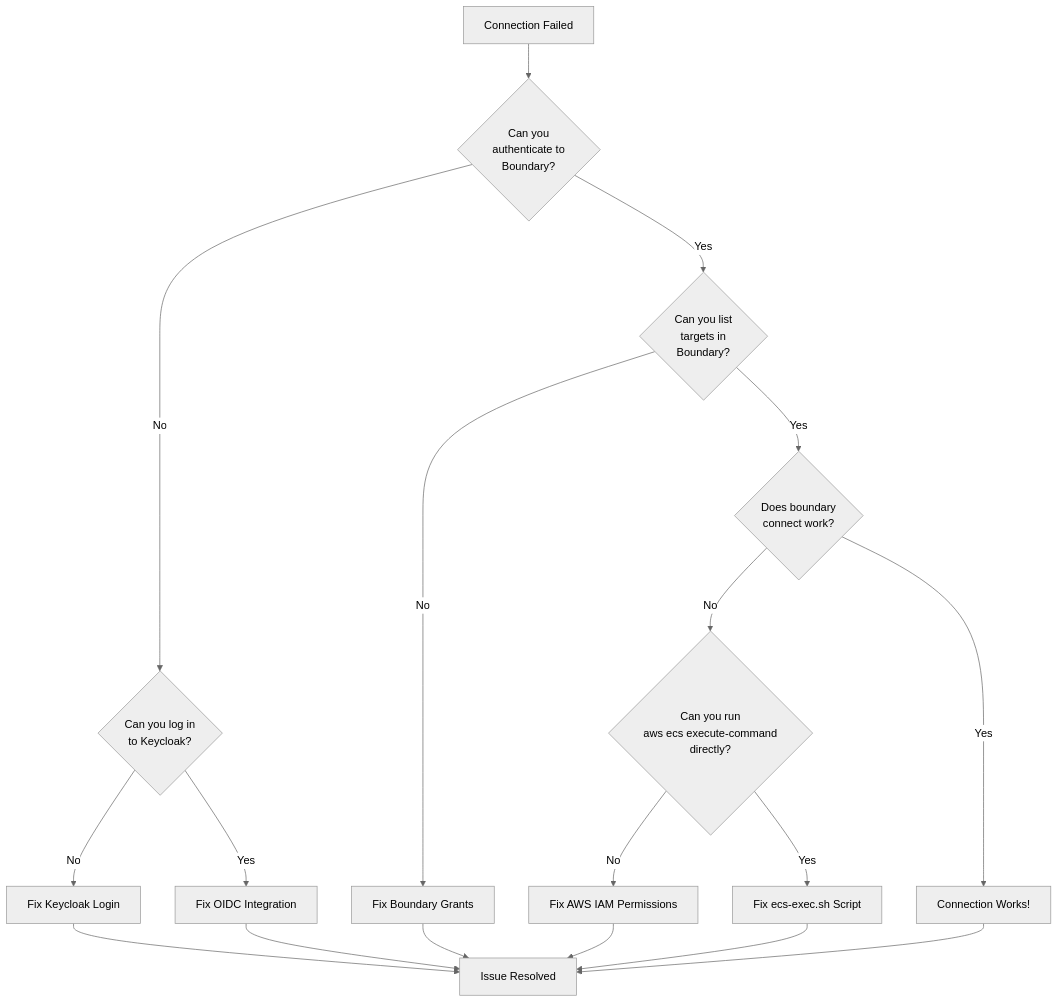
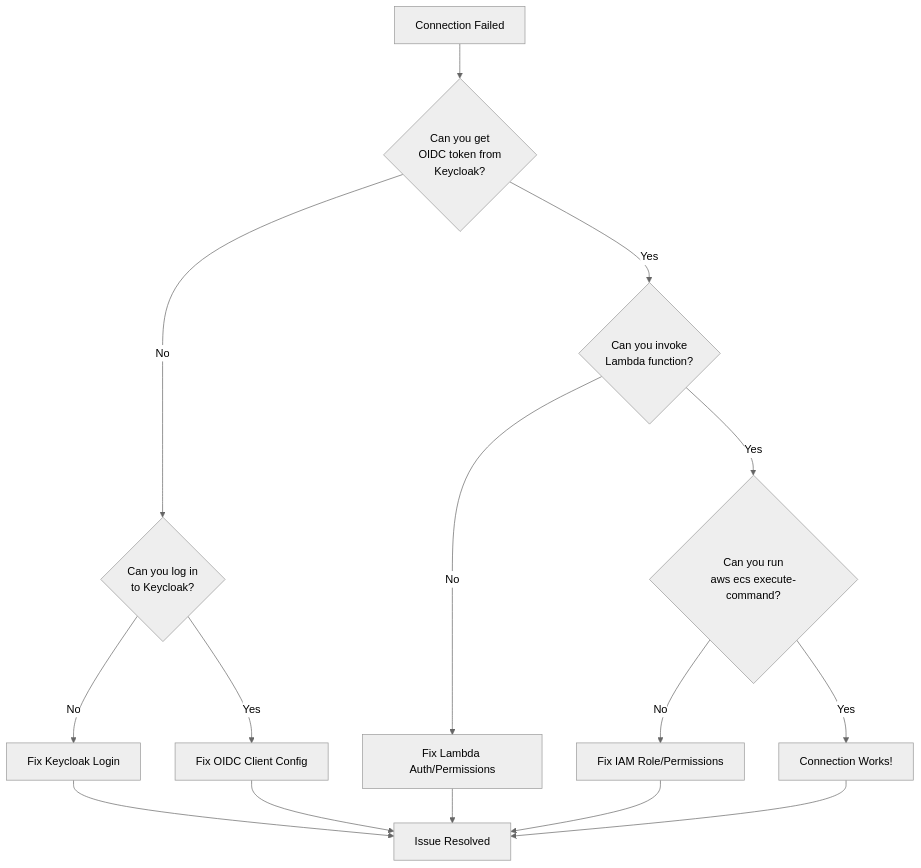
The diagram in docs/runbooks/troubleshooting.md (openshift-online/rosa-boundary), drawn with Mermaid (neutral theme) before and after one commit. The commit also changed other lines of this file and 10 other files, not shown here.

````diff
--- a/docs/runbooks/troubleshooting.md
+++ b/docs/runbooks/troubleshooting.md
@@ -9,26 +9,22 @@
 ```mermaid
 flowchart TD
-    Start[Connection Failed] --> Auth{Can you<br/>authenticate to<br/>Boundary?}
+    Start[Connection Failed] --> Auth{Can you get<br/>OIDC token from<br/>Keycloak?}
 
     Auth -->|No| KC{Can you log in<br/>to Keycloak?}
-    Auth -->|Yes| List{Can you list<br/>targets in<br/>Boundary?}
+    Auth -->|Yes| Lambda{Can you invoke<br/>Lambda function?}
 
     KC -->|No| KC_Fix[Fix Keycloak Login]
-    KC -->|Yes| OIDC_Fix[Fix OIDC Integration]
+    KC -->|Yes| OIDC_Fix[Fix OIDC Client Config]
 
-    List -->|No| RBAC_Fix[Fix Boundary Grants]
-    List -->|Yes| Connect{Does boundary<br/>connect work?}
+    Lambda -->|No| Lambda_Fix[Fix Lambda Auth/Permissions]
+    Lambda -->|Yes| AWS{Can you run<br/>aws ecs execute-command?}
 
-    Connect -->|No| AWS{Can you run<br/>aws ecs execute-command<br/>directly?}
-    Connect -->|Yes| Success[Connection Works!]
-
-    AWS -->|No| IAM_Fix[Fix AWS IAM Permissions]
-    AWS -->|Yes| Script_Fix[Fix ecs-exec.sh Script]
+    AWS -->|No| IAM_Fix[Fix IAM Role/Permissions]
+    AWS -->|Yes| Success[Connection Works!]
 
     KC_Fix --> End[Issue Resolved]
     OIDC_Fix --> End
-    RBAC_Fix --> End
+    Lambda_Fix --> End
     IAM_Fix --> End
-    Script_Fix --> End
     Success --> End
 ```
````
